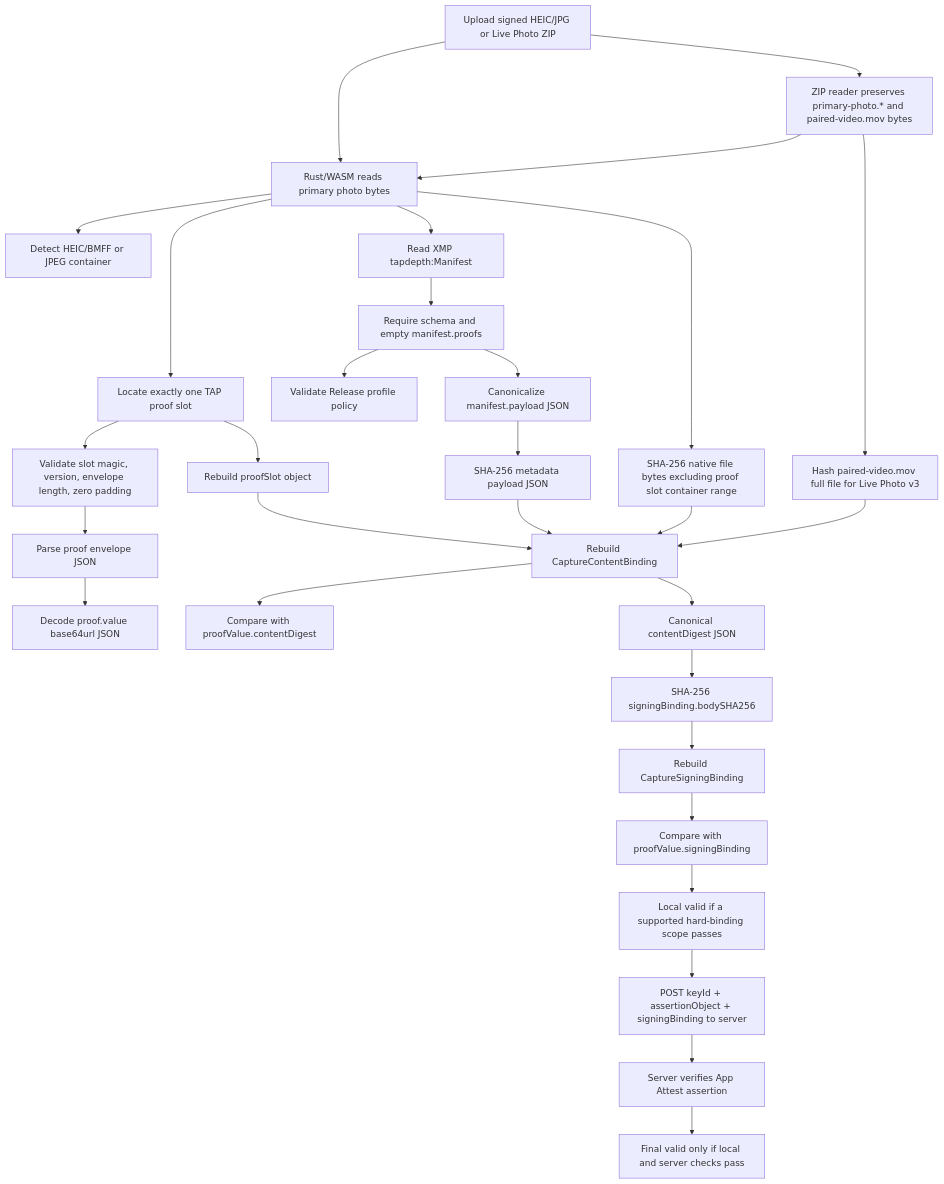
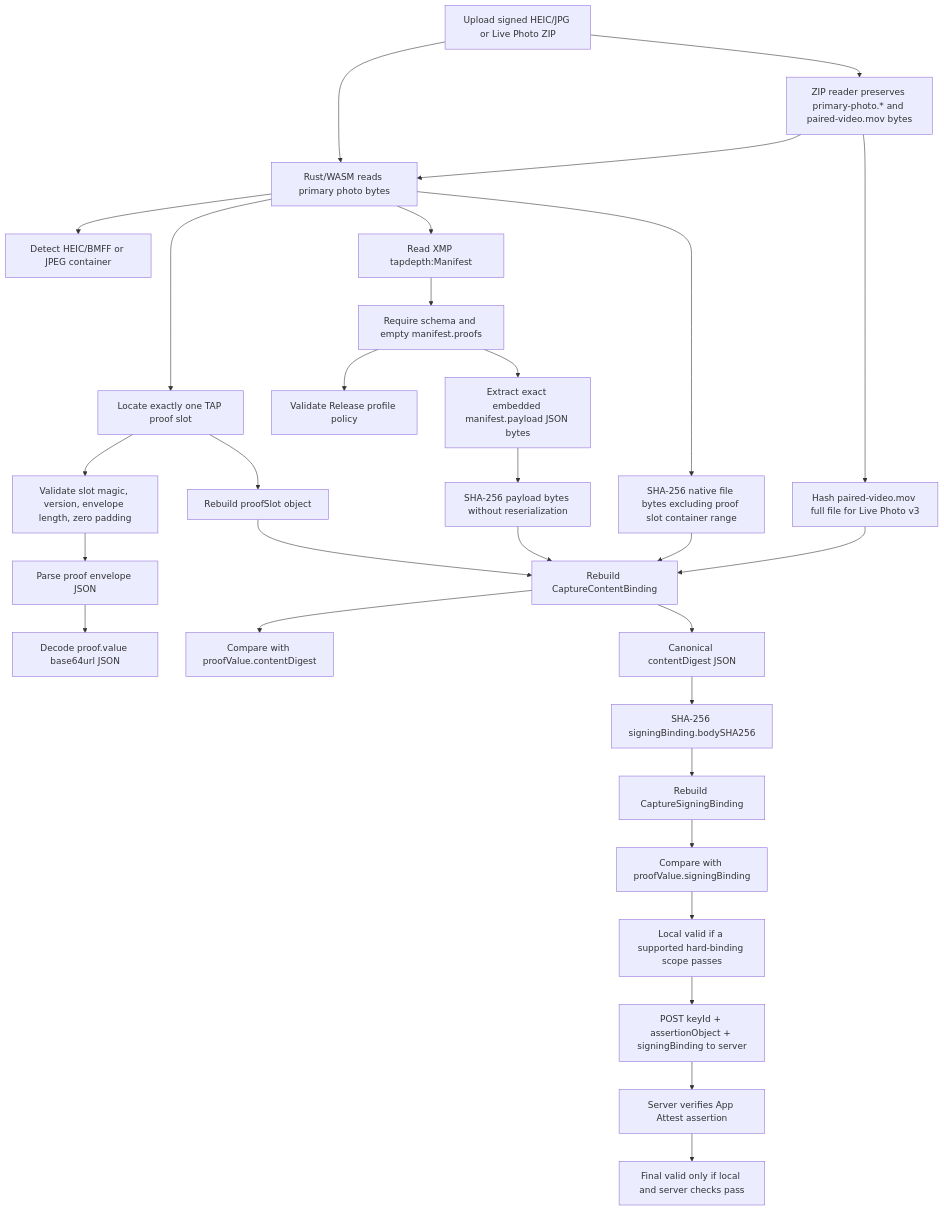
Before and after one commit to TAP-NAP/TAPCamVerifier: the diagram in Docs/VerificationFlow.md, drawn with Mermaid. The commit also changed other lines of this file and 5 other files, not shown here.

````diff
--- a/Docs/VerificationFlow.md
+++ b/Docs/VerificationFlow.md
@@ -15,32 +15,32 @@
 ```mermaid
 flowchart TD
     A["Upload signed HEIC/JPG or Live Photo ZIP"] --> B["Rust/WASM reads primary photo bytes"]
     A --> Z["ZIP reader preserves primary-photo.* and paired-video.mov bytes"]
     Z --> B
     Z --> Y["Hash paired-video.mov full file for Live Photo v3"]
     B --> C["Detect HEIC/BMFF or JPEG container"]
     B --> D["Locate exactly one TAP proof slot"]
     D --> E["Validate slot magic, version, envelope length, zero padding"]
     E --> F["Parse proof envelope JSON"]
     F --> G["Decode proof.value base64url JSON"]
     B --> H["Read XMP tapdepth:Manifest"]
     H --> I["Require schema and empty manifest.proofs"]
     I --> J["Validate Release profile policy"]
     B --> K["SHA-256 native file bytes excluding proof slot container range"]
-    I --> L["Canonicalize manifest.payload JSON"]
-    L --> M["SHA-256 metadata payload JSON"]
+    I --> L["Extract exact embedded manifest.payload JSON bytes"]
+    L --> M["SHA-256 payload bytes without reserialization"]
     D --> N["Rebuild proofSlot object"]
     K --> O["Rebuild CaptureContentBinding"]
     M --> O
     Y --> O
     N --> O
     O --> P["Compare with proofValue.contentDigest"]
     O --> Q["Canonical contentDigest JSON"]
     Q --> R["SHA-256 signingBinding.bodySHA256"]
     R --> S["Rebuild CaptureSigningBinding"]
     S --> T["Compare with proofValue.signingBinding"]
     T --> U["Local valid if a supported hard-binding scope passes"]
     U --> V["POST keyId + assertionObject + signingBinding to server"]
     V --> W["Server verifies App Attest assertion"]
     W --> X["Final valid only if local and server checks pass"]
 ```
````
